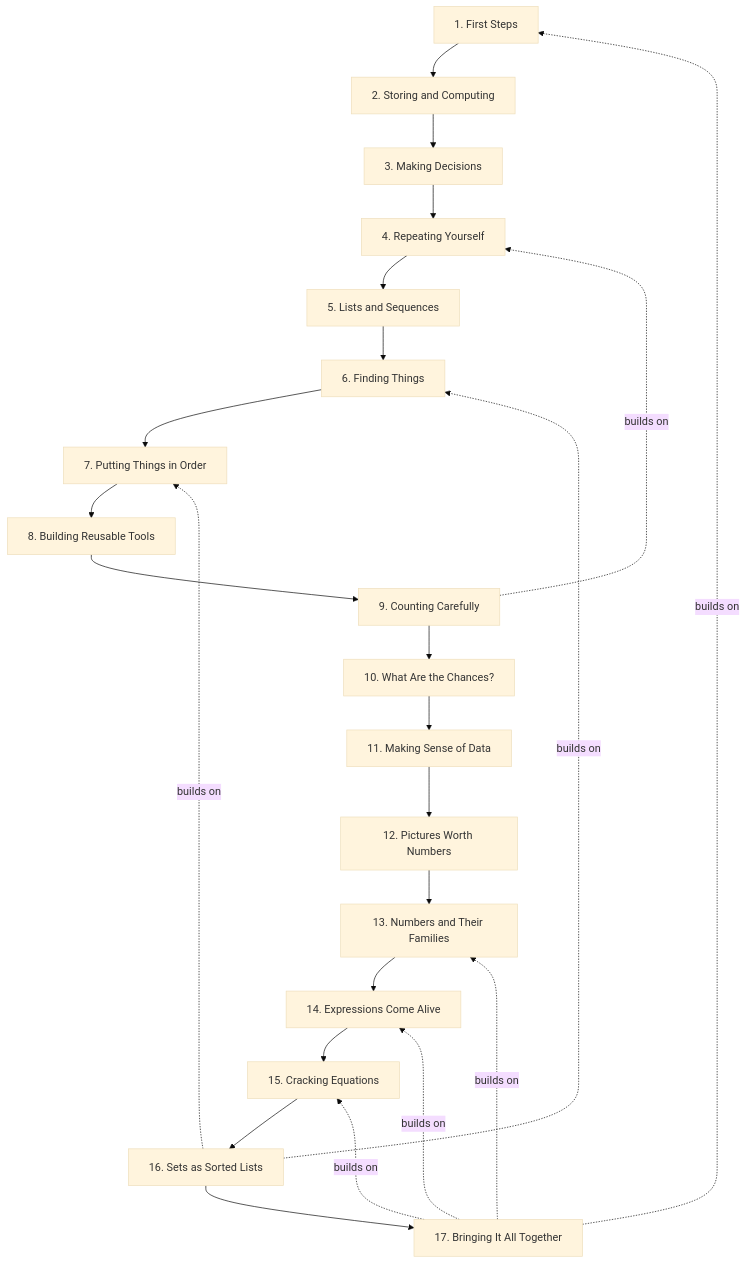
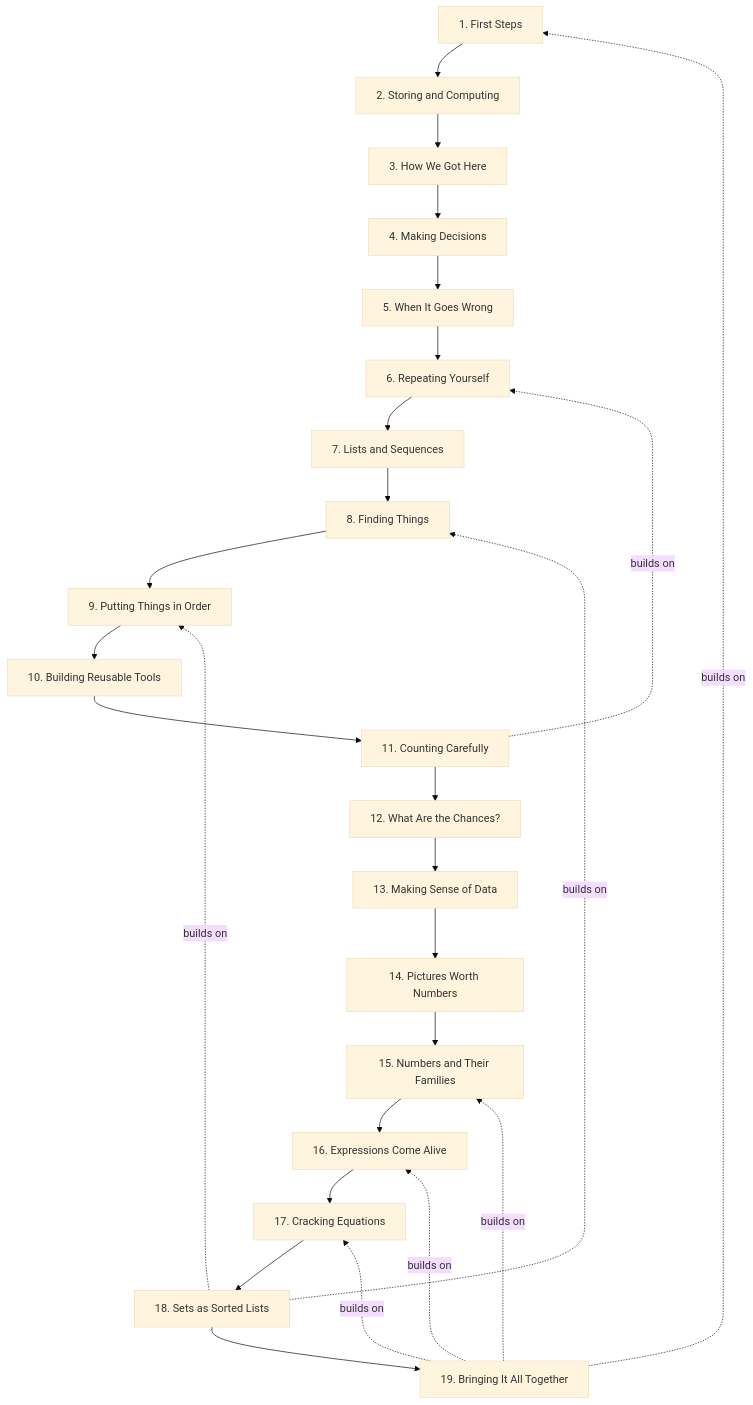
One commit to deweydex/dewlab changed the second of 3 diagrams in planning/CURRICULUM_MAP.md. Above: the diagram before and after it, drawn with Mermaid (base theme). The commit also changed other lines of this file and 9 other files, not shown here.

````diff
--- a/planning/CURRICULUM_MAP.md
+++ b/planning/CURRICULUM_MAP.md
@@ -76,45 +76,49 @@
 ```mermaid
 graph TD
   T1["1. First Steps"]
   T2["2. Storing and Computing"]
-  T3["3. Making Decisions"]
-  T4["4. Repeating Yourself"]
-  T5["5. Lists and Sequences"]
-  T6["6. Finding Things"]
-  T7["7. Putting Things in Order"]
-  T8["8. Building Reusable Tools"]
-  T9["9. Counting Carefully"]
-  T10["10. What Are the Chances?"]
-  T11["11. Making Sense of Data"]
-  T12["12. Pictures Worth Numbers"]
-  T13["13. Numbers and Their Families"]
-  T14["14. Expressions Come Alive"]
-  T15["15. Cracking Equations"]
-  T16["16. Sets as Sorted Lists"]
-  T17["17. Bringing It All Together"]
+  T3["3. How We Got Here"]
+  T4["4. Making Decisions"]
+  T5["5. When It Goes Wrong"]
+  T6["6. Repeating Yourself"]
+  T7["7. Lists and Sequences"]
+  T8["8. Finding Things"]
+  T9["9. Putting Things in Order"]
+  T10["10. Building Reusable Tools"]
+  T11["11. Counting Carefully"]
+  T12["12. What Are the Chances?"]
+  T13["13. Making Sense of Data"]
+  T14["14. Pictures Worth Numbers"]
+  T15["15. Numbers and Their Families"]
+  T16["16. Expressions Come Alive"]
+  T17["17. Cracking Equations"]
+  T18["18. Sets as Sorted Lists"]
+  T19["19. Bringing It All Together"]
 
   T1 --> T2
   T2 --> T3
   T3 --> T4
   T4 --> T5
   T5 --> T6
   T6 --> T7
   T7 --> T8
   T8 --> T9
   T9 --> T10
   T10 --> T11
   T11 --> T12
   T12 --> T13
   T13 --> T14
   T14 --> T15
   T15 --> T16
   T16 --> T17
+  T17 --> T18
+  T18 --> T19
 
-  T9 -.->|builds on| T4
-  T16 -.->|builds on| T6
-  T16 -.->|builds on| T7
-  T17 -.->|builds on| T1
-  T17 -.->|builds on| T13
-  T17 -.->|builds on| T14
-  T17 -.->|builds on| T15
+  T11 -.->|builds on| T6
+  T18 -.->|builds on| T8
+  T18 -.->|builds on| T9
+  T19 -.->|builds on| T1
+  T19 -.->|builds on| T15
+  T19 -.->|builds on| T16
+  T19 -.->|builds on| T17
 ```
````
